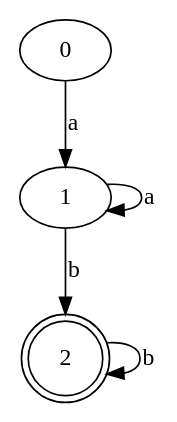
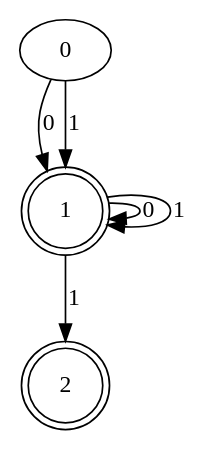
The diagram in output/nfa_output.dot (youssefa123/grepy), drawn with Graphviz before and after one commit. The commit also changed 5 other files, not shown here.

```diff
--- a/output/nfa_output.dot
+++ b/output/nfa_output.dot
@@ -1,26 +1,30 @@
 digraph {
-	graph [bb="0,0,78,221"];
+	graph [bb="0,0,98.5,229"];
 	node [label="\N"];
 	0	[height=0.5,
-		pos="27,203",
+		pos="27,211",
 		width=0.75];
-	1	[height=0.5,
-		pos="27,114.5",
-		width=0.75];
-	0 -> 1	[label=a,
-		lp="30,158.75",
-		pos="e,27,132.85 27,184.91 27,173.26 27,157.55 27,144.02"];
-	1 -> 1	[label=a,
-		lp="75,114.5",
-		pos="e,51.532,106.33 51.532,122.67 62.508,123.45 72,120.72 72,114.5 72,110.61 68.292,108.09 62.832,106.93"];
+	1	[height=0.61111,
+		pos="27,118.5",
+		shape=doublecircle,
+		width=0.61111];
+	0 -> 1	[label=0,
+		lp="19.375,166.75",
+		pos="e,19.12,139.45 20.13,193.19 18.143,187.51 16.242,181.07 15.25,175 13.948,167.03 14.685,158.48 16.288,150.53"];
+	0 -> 1	[label=1,
+		lp="30.375,166.75",
+		pos="e,27,140.72 27,192.55 27,181.11 27,165.8 27,152.15"];
+	1 -> 1	[label=0,
+		lp="70.375,118.5",
+		pos="e,48.807,114.05 48.807,122.95 58.562,123.38 67,121.89 67,118.5 67,116.59 64.33,115.29 60.258,114.59"];
+	1 -> 1	[label=1,
+		lp="88.375,118.5",
+		pos="e,48.114,110.89 48.114,126.11 66.096,129.47 85,126.93 85,118.5 85,111.84 73.23,108.86 59.43,109.55"];
 	2	[height=0.61111,
 		pos="27,22",
 		shape=doublecircle,
 		width=0.61111];
-	1 -> 2	[label=b,
+	1 -> 2	[label=1,
 		lp="30.375,70.25",
-		pos="e,27,44.218 27,96.051 27,84.609 27,69.297 27,55.647"];
-	2 -> 2	[label=b,
-		lp="70.375,22",
-		pos="e,47.581,13.22 47.581,30.78 57.845,31.994 67,29.068 67,22 67,17.803 63.772,15.067 59.002,13.79"];
+		pos="e,27,44.359 27,96.056 27,84.095 27,68.95 27,55.555"];
 }
```
